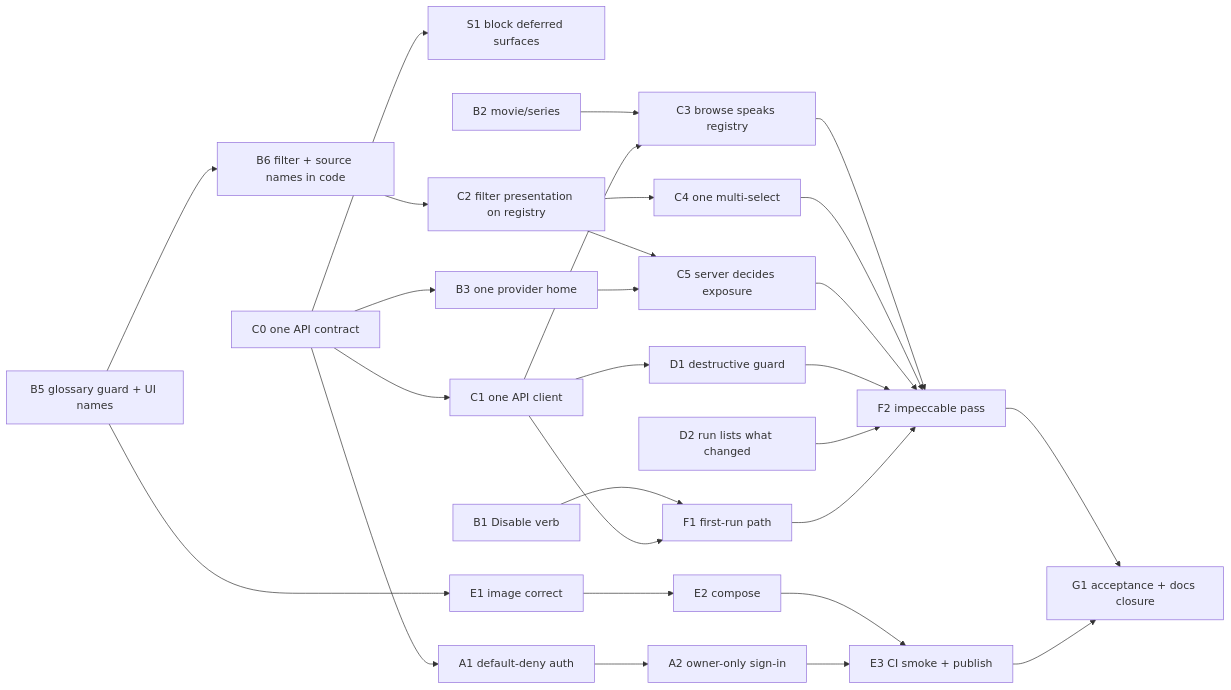
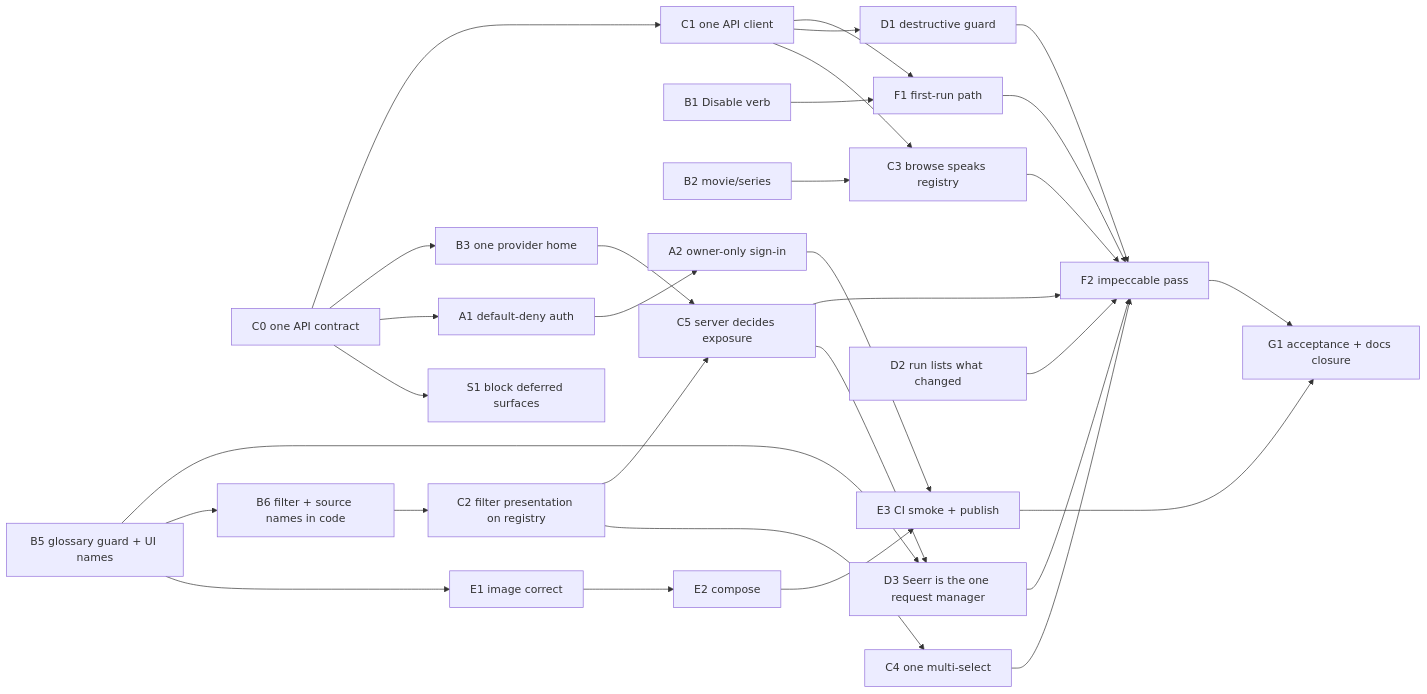
The diagram in docs/in_progress/mvp/plan.md (nokternol/warden), drawn with Mermaid before and after one commit. The commit also changed other lines of this file, not shown here.

First line of the commit message:
Make Seerr the single request-manager provider type

````diff
--- a/docs/in_progress/mvp/plan.md
+++ b/docs/in_progress/mvp/plan.md
@@ -258,23 +259,24 @@
 ```mermaid
 flowchart LR
   C0[C0 one API contract] --> S1[S1 block deferred surfaces]
   C0 --> A1[A1 default-deny auth]
   C0 --> B3[B3 one provider home]
   A1 --> A2[A2 owner-only sign-in]
   B1[B1 Disable verb] --> F1[F1 first-run path]
   B2[B2 movie/series] --> C3[C3 browse speaks registry]
   C0 --> C1[C1 one API client]
   B5[B5 glossary guard + UI names] --> E1
   B5 --> B6[B6 filter + source names in code]
   B6 --> C2[C2 filter presentation on registry]
   C1 --> C3
   C1 --> D1[D1 destructive guard]
   C1 --> F1
   C2 --> C4[C4 one multi-select]
   C2 & B3 --> C5[C5 server decides exposure]
   D2[D2 run lists what changed]
+  B5 & C5 --> D3[D3 Seerr is the one request manager]
   E1[E1 image correct] --> E2[E2 compose] --> E3[E3 CI smoke + publish]
   A2 --> E3
-  C3 & C4 & C5 & D1 & D2 & F1 --> F2[F2 impeccable pass]
+  C3 & C4 & C5 & D1 & D2 & D3 & F1 --> F2[F2 impeccable pass]
   F2 & E3 --> G1[G1 acceptance + docs closure]
 ```
````
